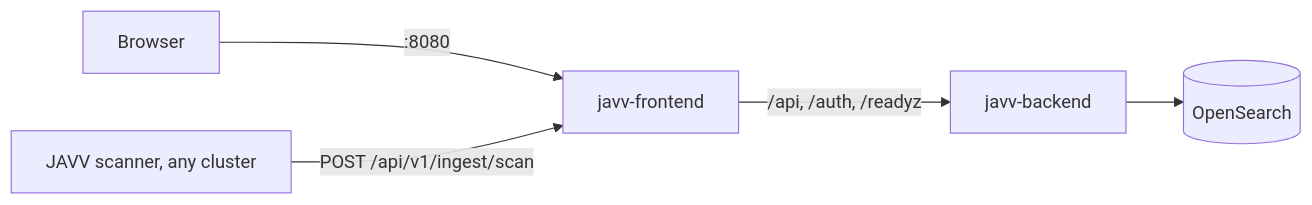
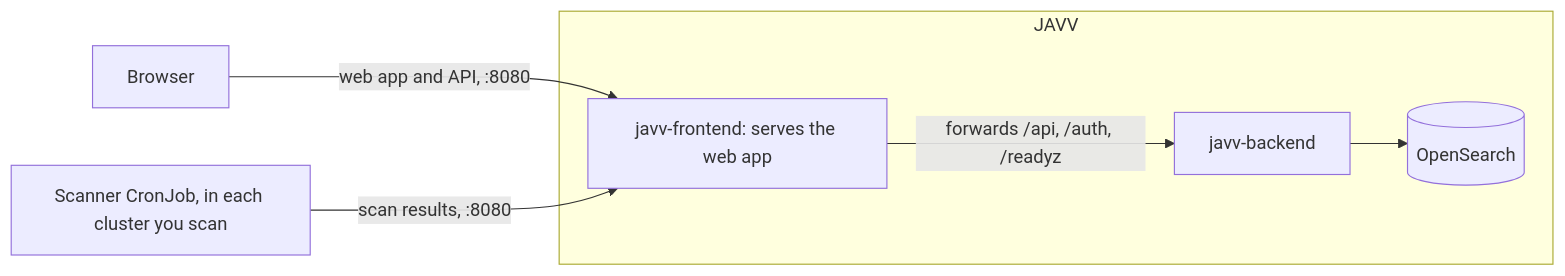
One commit to Danube-Labs/javv-poc changed the diagram in docs/DEPLOYING.md. Above: the diagram before and after it, drawn with Mermaid. The commit also changed other lines of this file and 41 other files, not shown here.

````diff
--- a/docs/DEPLOYING.md
+++ b/docs/DEPLOYING.md
@@ -5,7 +6,9 @@
 ```mermaid
 flowchart LR
-  browser[Browser] -->|":8080"| fe[javv-frontend]
-  scanner[JAVV scanner, any cluster] -->|"POST /api/v1/ingest/scan"| fe
-  fe -->|"/api, /auth, /readyz"| be[javv-backend]
-  be --> os[(OpenSearch)]
+  browser[Browser] -->|"web app and API, :8080"| fe
+  scanner["Scanner CronJob, in each cluster you scan"] -->|"scan results, :8080"| fe
+  subgraph javv[JAVV]
+    fe["javv-frontend: serves the web app"] -->|"forwards /api, /auth, /readyz"| be[javv-backend]
+    be --> os[(OpenSearch)]
+  end
 ```
````
